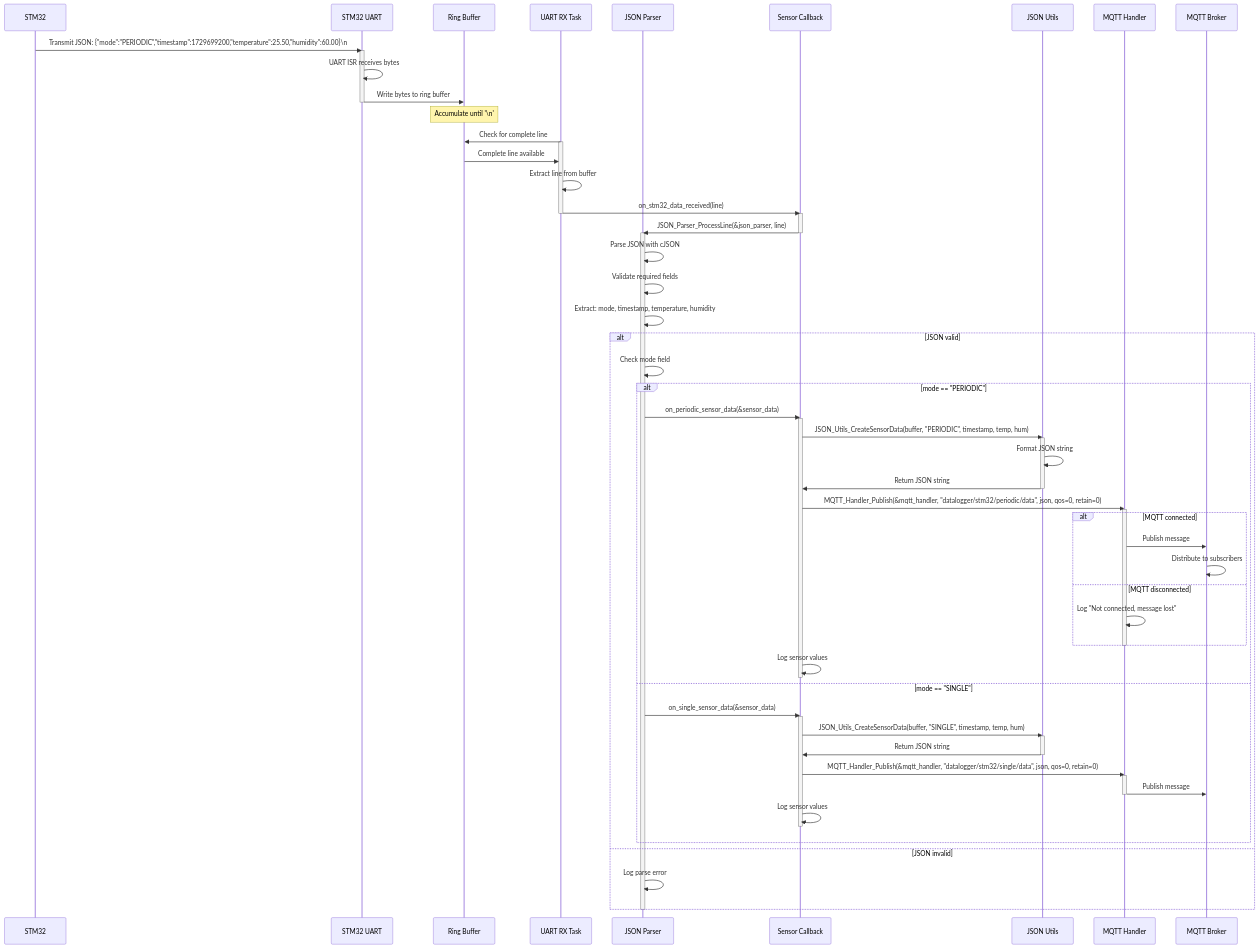
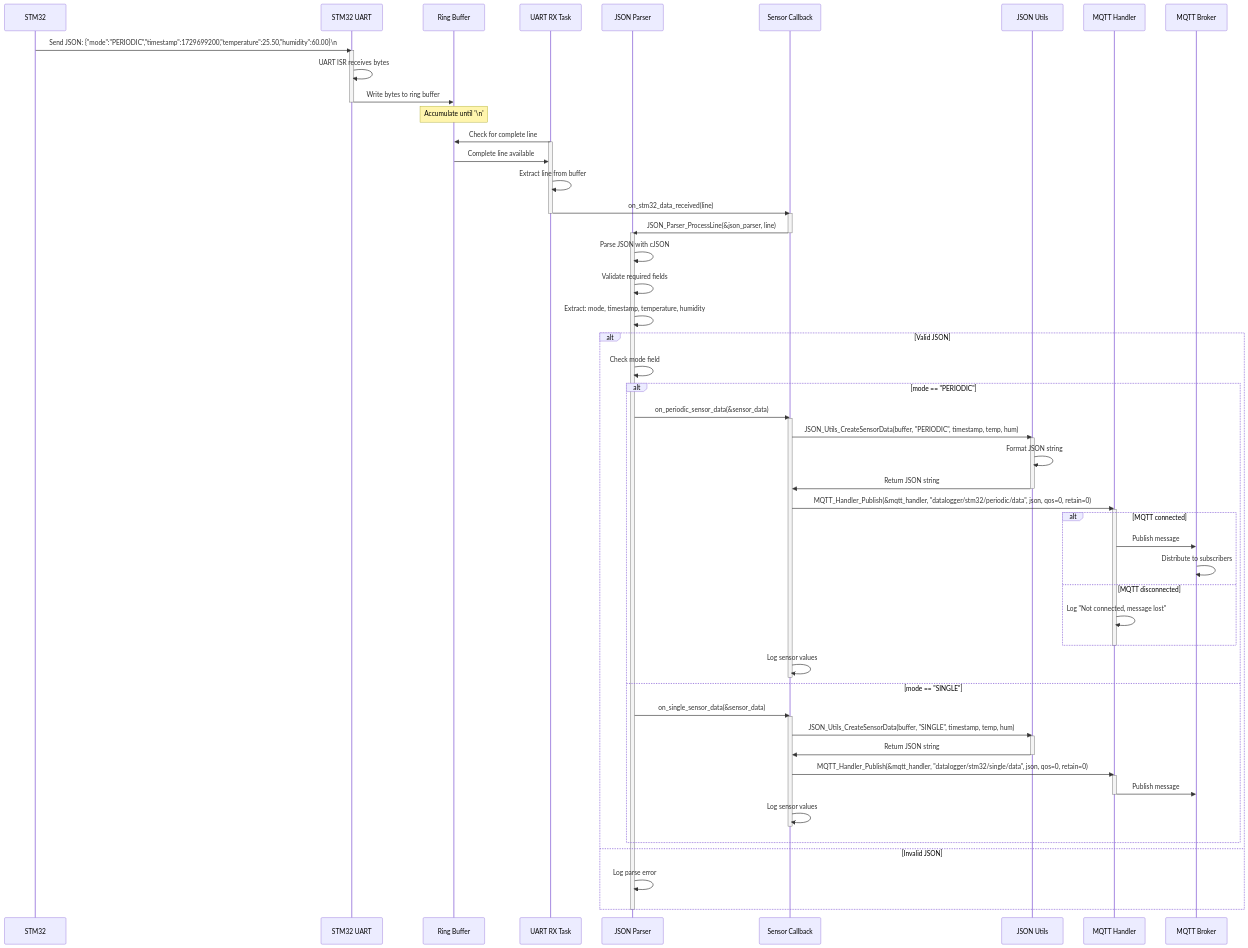
Before and after one commit to meeTeam05/datalogger: the third of 7 diagrams in documents/ESP32/SEQUENCE_DIAGRAM_ESP32.md, drawn with Mermaid. The commit also changed other lines of this file and 5 other files, not shown here.

```diff
--- a/documents/ESP32/SEQUENCE_DIAGRAM_ESP32.md
+++ b/documents/ESP32/SEQUENCE_DIAGRAM_ESP32.md
@@ -219,7 +219,7 @@
     participant MQTT as MQTT Handler
     participant Broker as MQTT Broker
     
-    STM32->>UART: Transmit JSON: {"mode":"PERIODIC","timestamp":1729699200,"temperature":25.50,"humidity":60.00}\n
+    STM32->>UART: Send JSON: {"mode":"PERIODIC","timestamp":1729699200,"temperature":25.50,"humidity":60.00}\n
     activate UART
     UART->>UART: UART ISR receives bytes
     UART->>RingBuf: Write bytes to ring buffer
@@ -243,7 +243,7 @@
     Parser->>Parser: Validate required fields
     Parser->>Parser: Extract: mode, timestamp, temperature, humidity
     
-    alt JSON valid
+    alt Valid JSON
         Parser->>Parser: Check mode field
         
         alt mode == "PERIODIC"
@@ -286,7 +286,7 @@
             Callback->>Callback: Log sensor values
             deactivate Callback
         end
-    else JSON invalid
+    else Invalid JSON
         Parser->>Parser: Log parse error
     end
     deactivate Parser
```
